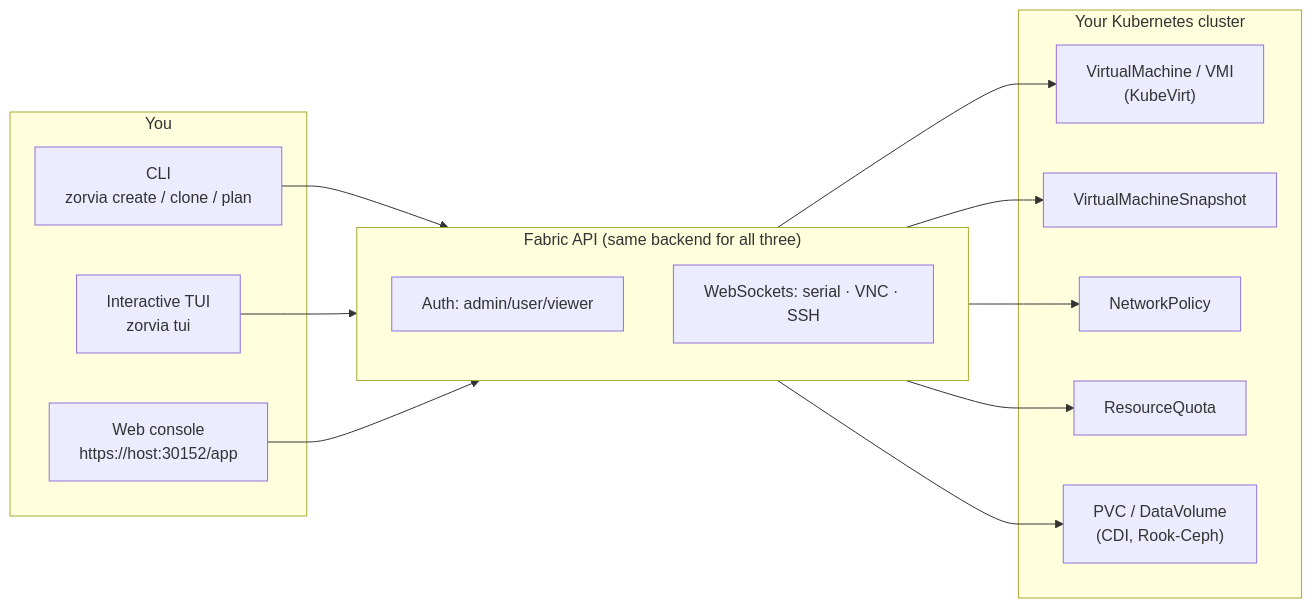
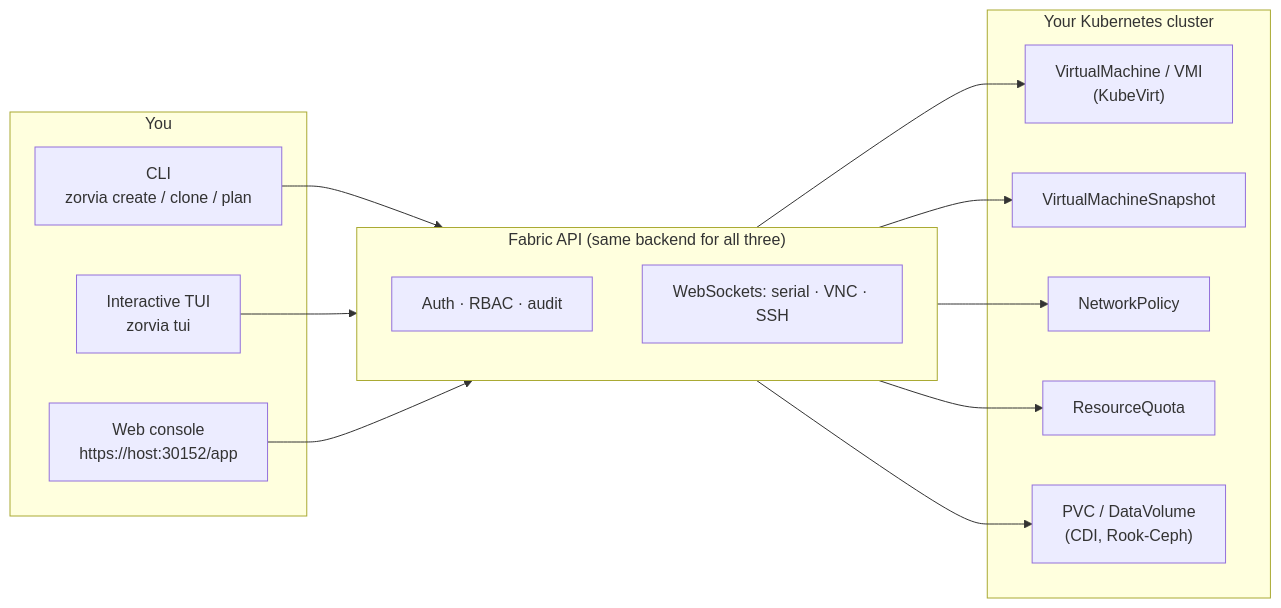
One commit to zyvorai/zorvia changed the diagram in README.md. Above: the diagram before and after it, drawn with Mermaid. The commit also changed other lines of this file and 7 other files, not shown here.

````diff
--- a/README.md
+++ b/README.md
@@ -143,30 +185,30 @@
 ```mermaid
 flowchart LR
     subgraph You["You"]
         CLI["CLI\nzorvia create / clone / plan"]
         TUI["Interactive TUI\nzorvia tui"]
         WEB["Web console\nhttps://host:30152/app"]
     end
 
     subgraph API["Fabric API (same backend for all three)"]
-        AUTH["Auth: admin/user/viewer"]
+        AUTH["Auth · RBAC · audit"]
         WS["WebSockets: serial · VNC · SSH"]
     end
 
     subgraph K8S["Your Kubernetes cluster"]
         VM["VirtualMachine / VMI\n(KubeVirt)"]
         SNAP["VirtualMachineSnapshot"]
         NP["NetworkPolicy"]
         RQ["ResourceQuota"]
         PVC["PVC / DataVolume\n(CDI, Rook-Ceph)"]
     end
 
     CLI --> API
     TUI --> API
     WEB --> API
     API --> VM
     API --> SNAP
     API --> NP
     API --> RQ
     API --> PVC
 ```
````
